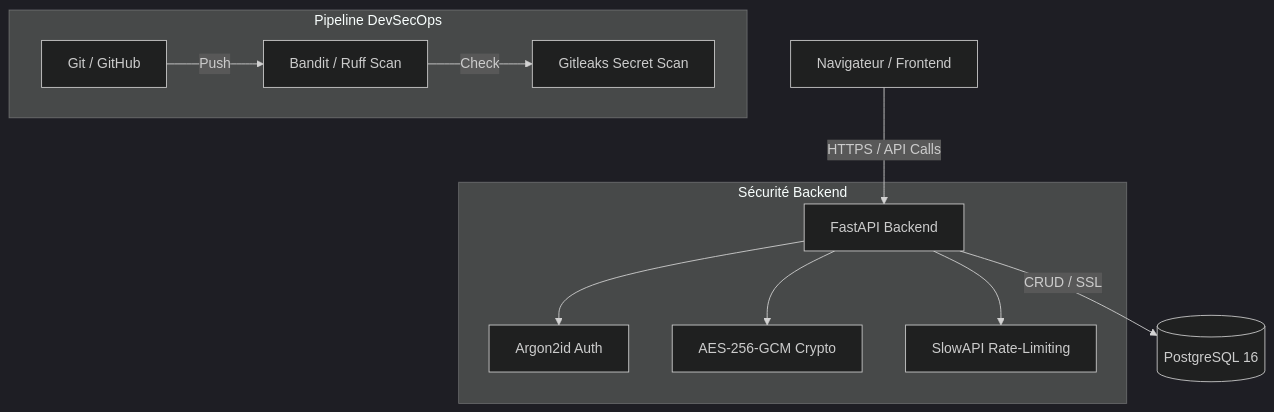
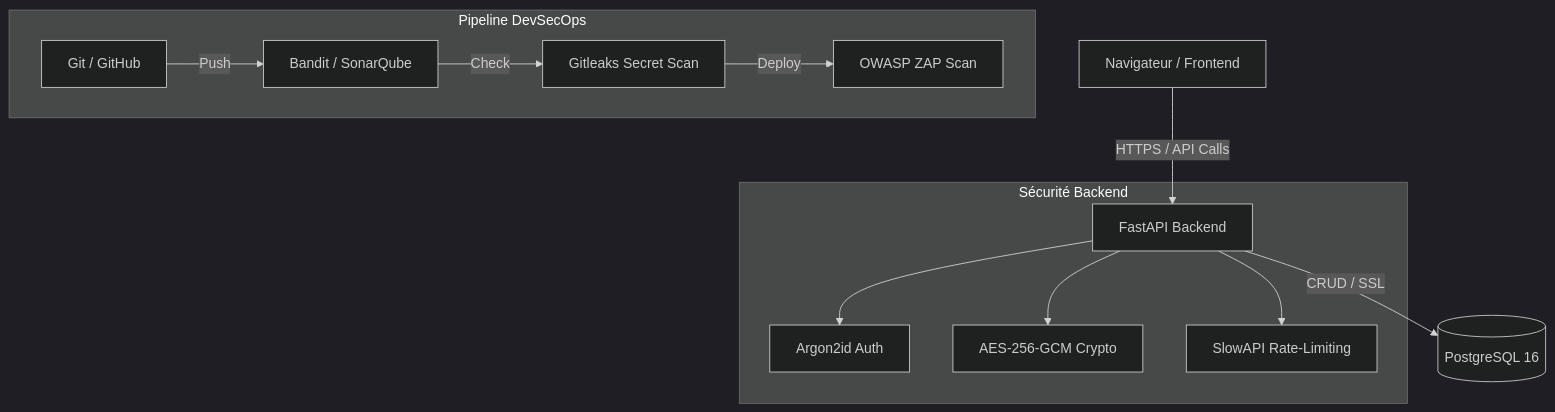
One commit to axelggl/SecureNotes changed the diagram in README.md. Above: the diagram before and after it, drawn with Mermaid (dark theme). The commit also changed other lines of this file and 3 other files, not shown here.

````diff
--- a/README.md
+++ b/README.md
@@ -7,16 +9,17 @@
 ```mermaid
 graph TD
     Client[Navigateur / Frontend] -->|HTTPS / API Calls| Backend[FastAPI Backend]
     Backend -->|CRUD / SSL| DB[(PostgreSQL 16)]
     
     subgraph "Sécurité Backend"
     Backend --> Auth[Argon2id Auth]
     Backend --> Crypto[AES-256-GCM Crypto]
     Backend --> RateLimit[SlowAPI Rate-Limiting]
     end
     
     subgraph "Pipeline DevSecOps"
-    Git[Git / GitHub] -->|Push| SAST[Bandit / Ruff Scan]
+    Git[Git / GitHub] -->|Push| SAST[Bandit / SonarQube]
     SAST -->|Check| Secrets[Gitleaks Secret Scan]
+    Secrets -->|Deploy| DAST[OWASP ZAP Scan]
     end
 ```
````
